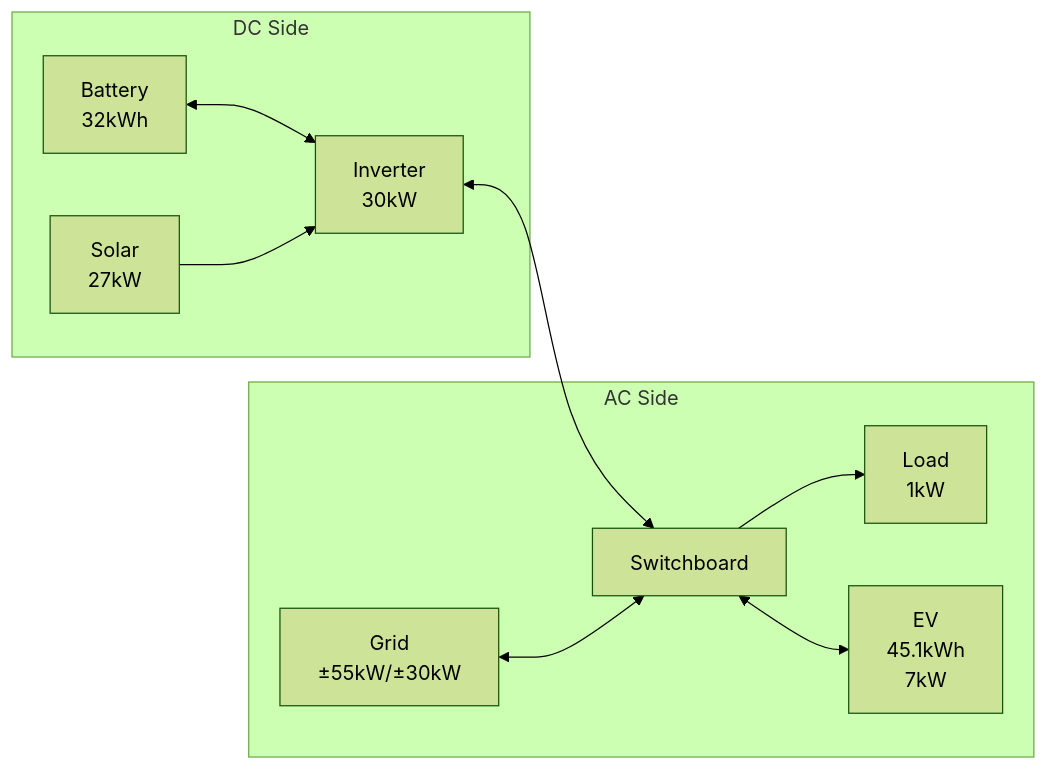
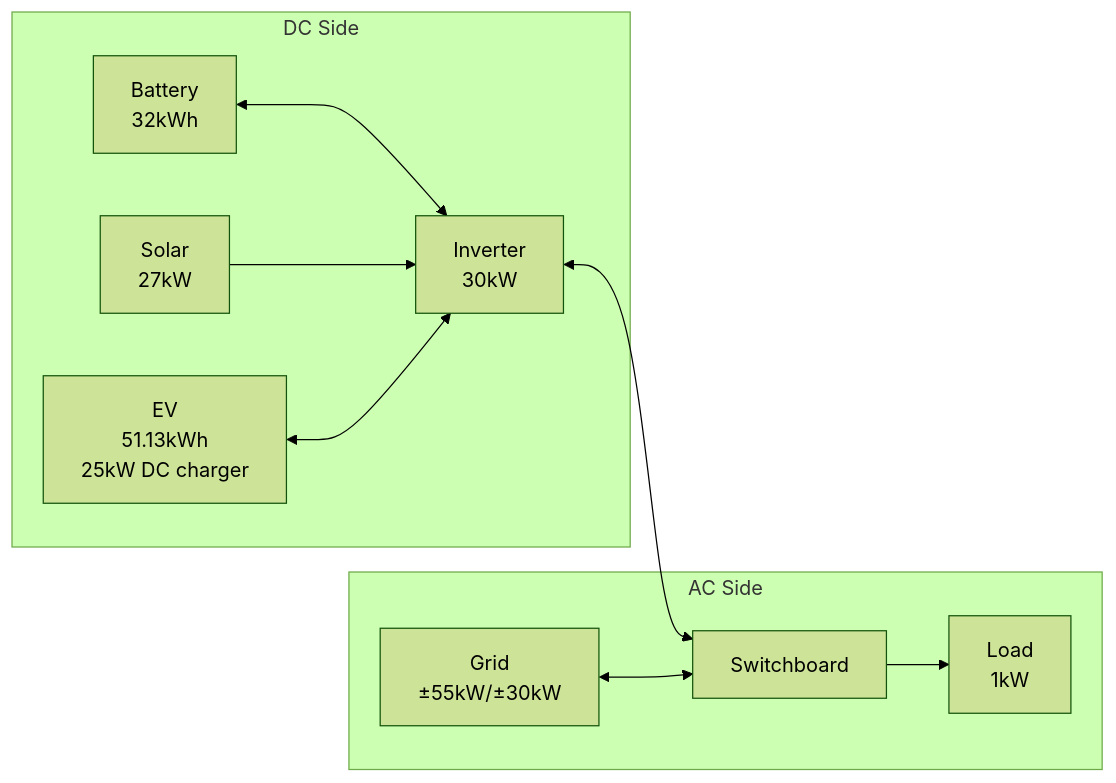
The diagram in docs/walkthroughs/adding-an-ev.md (hass-energy/haeo), drawn with Mermaid (forest theme) before and after one commit. The commit also changed other lines of this file and 6 other files, not shown here.

````diff
--- a/docs/walkthroughs/adding-an-ev.md
+++ b/docs/walkthroughs/adding-an-ev.md
@@ -14,14 +14,14 @@
 ```mermaid
 graph LR
     subgraph DC Side
         Battery[Battery<br/>32kWh] <--> Inverter
         Solar[Solar<br/>27kW] --> Inverter
+        EV[EV<br/>51.13kWh<br/>25kW DC charger] <--> Inverter
     end
 
     subgraph AC Side
         Inverter[Inverter<br/>30kW] <--> Switchboard[Switchboard]
         Grid[Grid<br/>±55kW/±30kW] <--> Switchboard
         Switchboard --> Load[Load<br/>1kW]
-        Switchboard <--> EV[EV<br/>45.1kWh<br/>7kW]
     end
 ```
````
